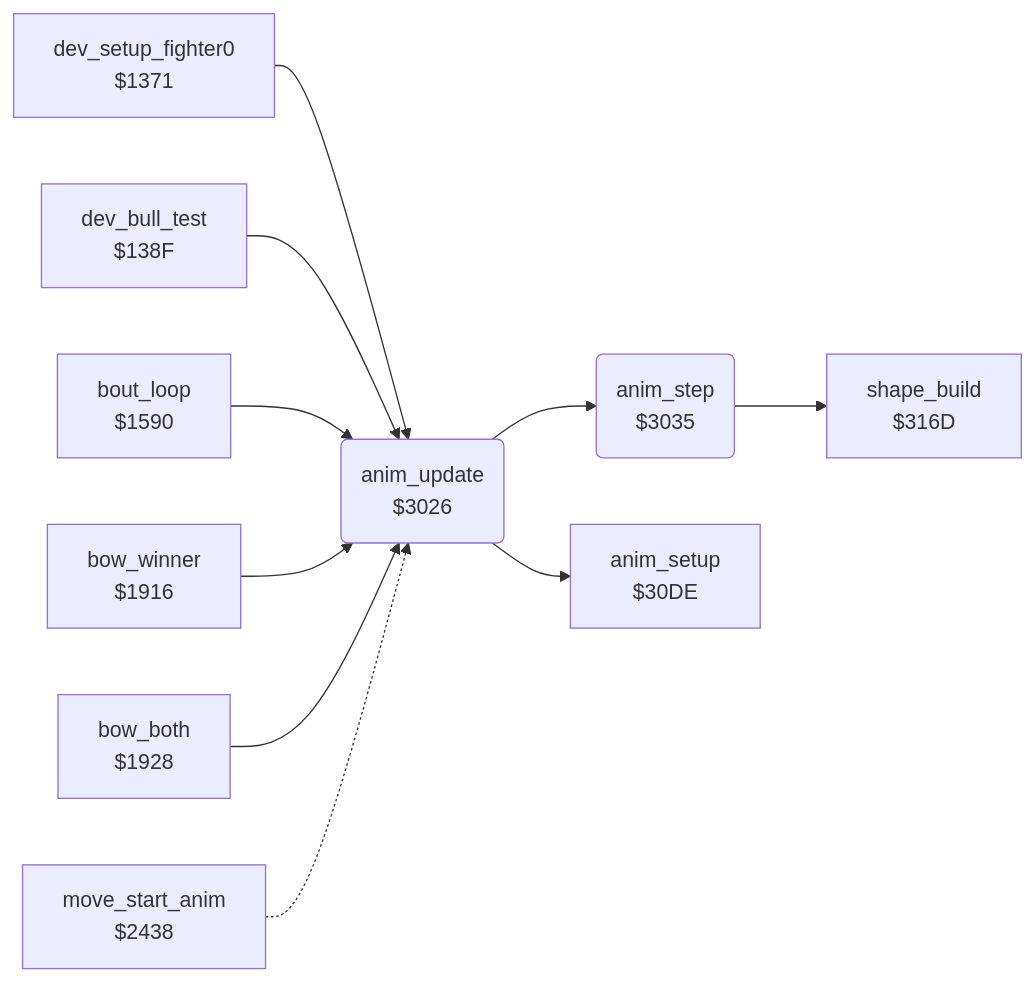
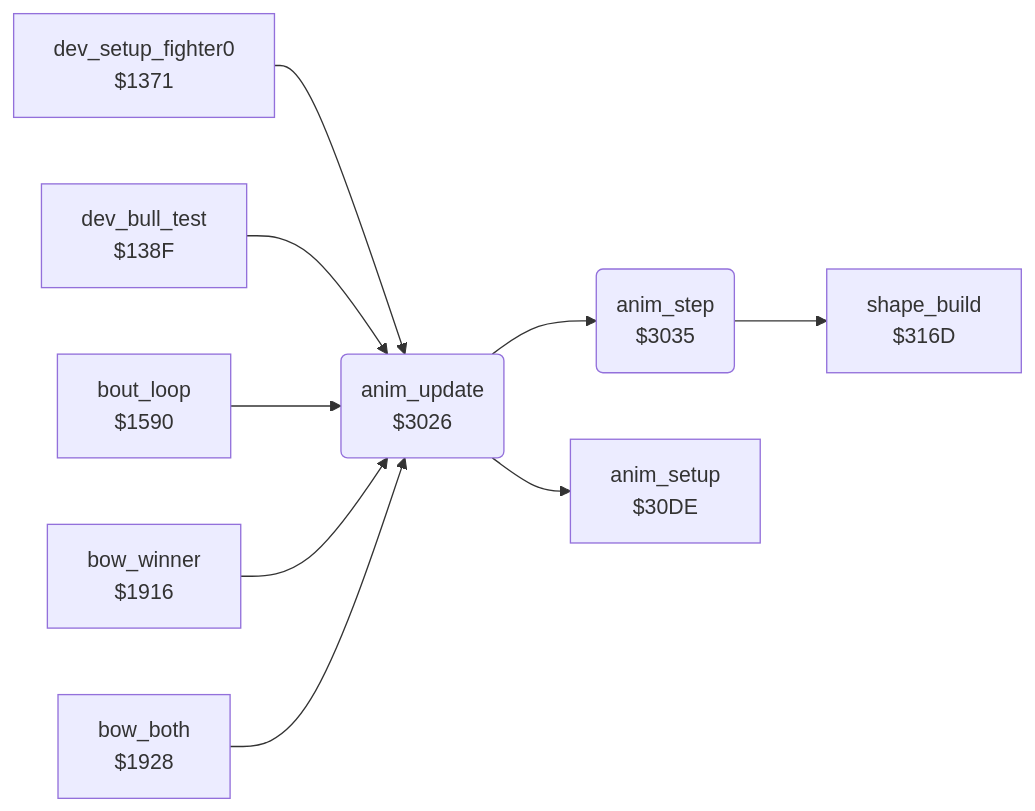
The diagram in exploding_fist/v1/docs/reference/modules/fighter/anim_step.md (henols/c64_games), drawn with Mermaid before and after one commit. The commit also changed other lines of this file and 319 other files, not shown here.

````diff
--- a/exploding_fist/v1/docs/reference/modules/fighter/anim_step.md
+++ b/exploding_fist/v1/docs/reference/modules/fighter/anim_step.md
@@ -10,22 +17,20 @@
 ```mermaid
 flowchart LR
   n1371["dev_setup_fighter0<br/>$1371"]
   n138f["dev_bull_test<br/>$138F"]
   n1590["bout_loop<br/>$1590"]
   n1916["bow_winner<br/>$1916"]
   n1928["bow_both<br/>$1928"]
-  n2438["move_start_anim<br/>$2438"]
   n3026("anim_update<br/>$3026")
   n3035("anim_step<br/>$3035")
   n30de["anim_setup<br/>$30DE"]
   n316d["shape_build<br/>$316D"]
   n1371 --> n3026
   n138f --> n3026
   n1590 --> n3026
   n1916 --> n3026
   n1928 --> n3026
-  n2438 -.-> n3026
   n3026 --> n3035
   n3026 --> n30de
   n3035 --> n316d
 ```
````
